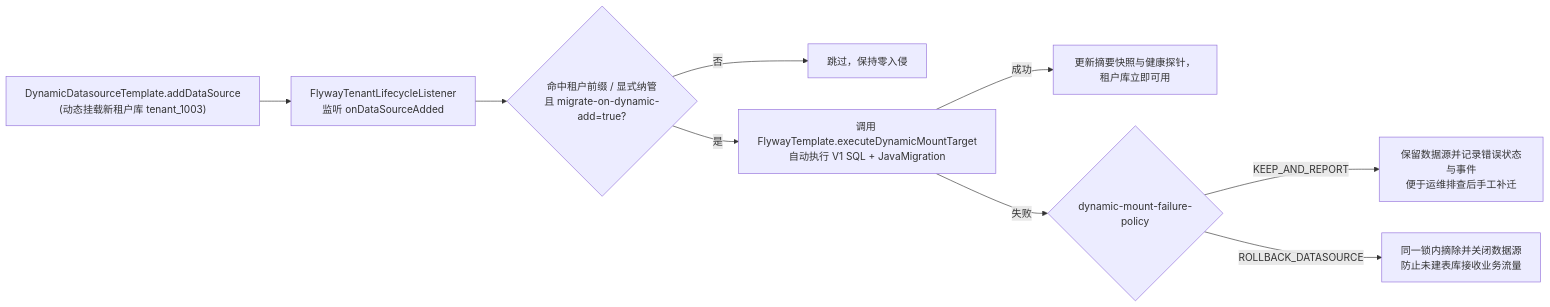
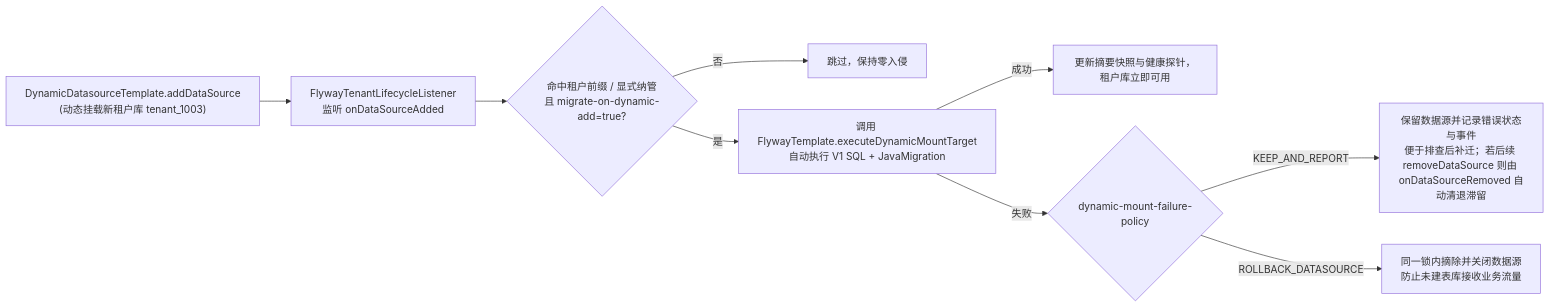
Before and after one commit to atengk/ateng-boot: the third of 3 diagrams in ateng-boot-flyway/README.md, drawn with Mermaid. The commit also changed other lines of this file and 13 other files, not shown here.

````diff
--- a/ateng-boot-flyway/README.md
+++ b/ateng-boot-flyway/README.md
@@ -442,11 +505,11 @@
 ```mermaid
 flowchart LR
     Mount["DynamicDatasourceTemplate.addDataSource<br/>(动态挂载新租户库 tenant_1003)"] --> Listener["FlywayTenantLifecycleListener<br/>监听 onDataSourceAdded"]
     Listener --> Check{"命中租户前缀 / 显式纳管<br/>且 migrate-on-dynamic-add=true?"}
     Check -->|否| Skip["跳过，保持零入侵"]
     Check -->|是| Migrate["调用 FlywayTemplate.executeDynamicMountTarget<br/>自动执行 V1 SQL + JavaMigration"]
     Migrate -->|成功| Ready["更新摘要快照与健康探针，租户库立即可用"]
     Migrate -->|失败| Policy{"dynamic-mount-failure-policy"}
-    Policy -->|KEEP_AND_REPORT| Keep["保留数据源并记录错误状态与事件<br/>便于运维排查后手工补迁"]
+    Policy -->|KEEP_AND_REPORT| Keep["保留数据源并记录错误状态与事件<br/>便于排查后补迁；若后续 removeDataSource 则由 onDataSourceRemoved 自动清退滞留"]
     Policy -->|ROLLBACK_DATASOURCE| Rollback["同一锁内摘除并关闭数据源<br/>防止未建表库接收业务流量"]
 ```
````
